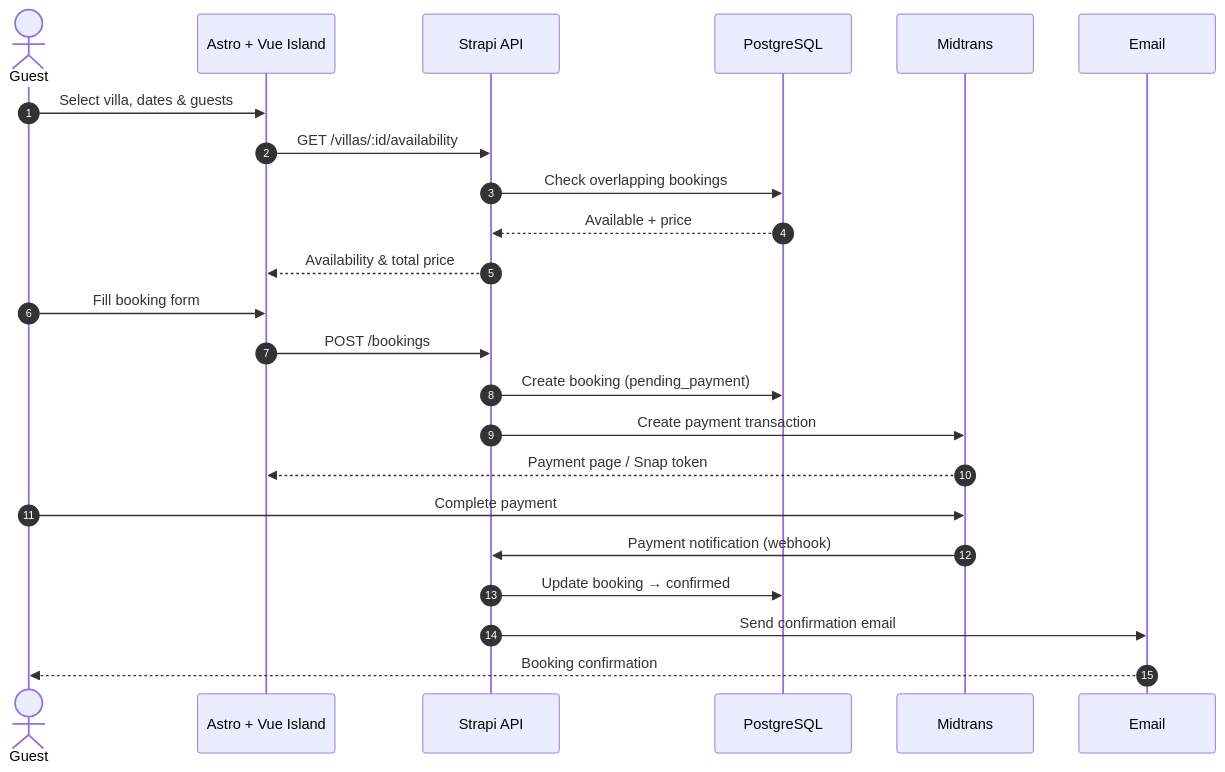
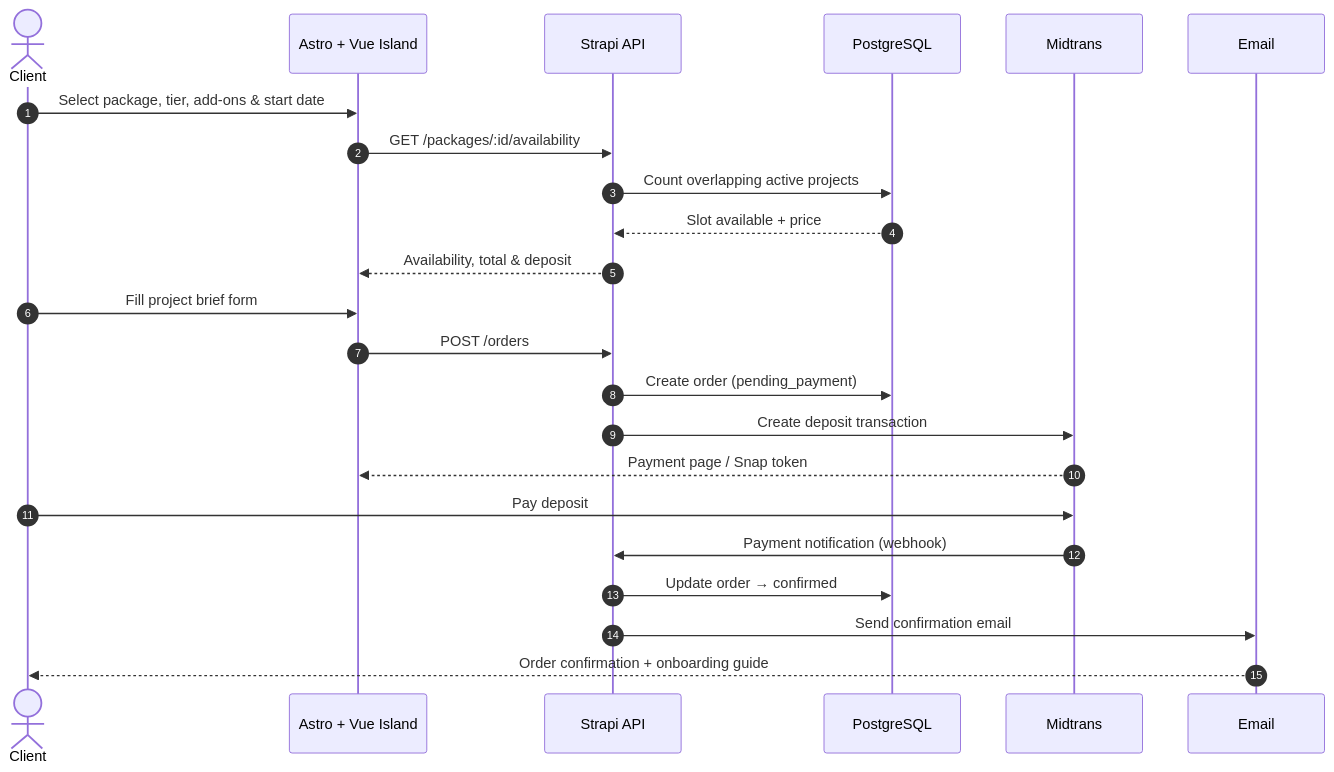
Before and after one commit to AnggaWikaNugraha/fullstack-company-profile: the third of 3 diagrams in README.md, drawn with Mermaid. The commit also changed other lines of this file and 6 other files, not shown here.

````diff
--- a/README.md
+++ b/README.md
@@ -145,26 +149,26 @@
 ```mermaid
 sequenceDiagram
     autonumber
-    actor G as Guest
+    actor C as Client
     participant W as Astro + Vue Island
     participant S as Strapi API
     participant DB as PostgreSQL
     participant M as Midtrans
     participant E as Email
 
-    G->>W: Select villa, dates & guests
-    W->>S: GET /villas/:id/availability
-    S->>DB: Check overlapping bookings
-    DB-->>S: Available + price
-    S-->>W: Availability & total price
-    G->>W: Fill booking form
-    W->>S: POST /bookings
-    S->>DB: Create booking (pending_payment)
-    S->>M: Create payment transaction
+    C->>W: Select package, tier, add-ons & start date
+    W->>S: GET /packages/:id/availability
+    S->>DB: Count overlapping active projects
+    DB-->>S: Slot available + price
+    S-->>W: Availability, total & deposit
+    C->>W: Fill project brief form
+    W->>S: POST /orders
+    S->>DB: Create order (pending_payment)
+    S->>M: Create deposit transaction
     M-->>W: Payment page / Snap token
-    G->>M: Complete payment
+    C->>M: Pay deposit
     M->>S: Payment notification (webhook)
-    S->>DB: Update booking → confirmed
+    S->>DB: Update order → confirmed
     S->>E: Send confirmation email
-    E-->>G: Booking confirmation
+    E-->>C: Order confirmation + onboarding guide
 ```
````
